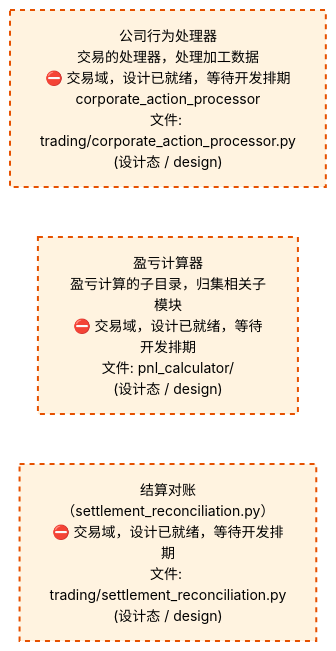
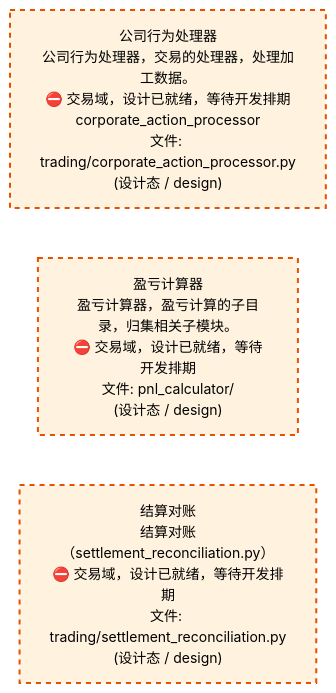
Before and after one commit to xuanFelixVan/ZephyrAlpha: the third of 4 diagrams in docs/02_enterprise_architecture/02_domain_architecture_docs/72_d_trading.md, drawn with Mermaid. The commit also changed other lines of this file and 61 other files, not shown here.

````diff
--- a/docs/02_enterprise_architecture/02_domain_architecture_docs/72_d_trading.md
+++ b/docs/02_enterprise_architecture/02_domain_architecture_docs/72_d_trading.md
@@ -298,14 +298,14 @@
 ```mermaid
 %%{init: {'theme': 'base', 'themeVariables': {'primaryColor': '#eaeaea', 'primaryTextColor': '#333333', 'primaryBorderColor': '#666666', 'lineColor': '#666666', 'secondaryColor': '#eaeaea', 'tertiaryColor': '#eaeaea', 'fontSize': '14px'}}}%%
 flowchart TD
-    src_zephyr_trading_corporate_action_processor_py["公司行为处理器<br/>交易的处理器，处理加工数据<br/>⛔ 交易域，设计已就绪，等待开发排期<br/>corporate_action_processor<br/>文件: trading/corporate_action_processor.py<br/>(设计态 / design)"]
-    src_zephyr_trading_pnl_calculator["盈亏计算器<br/>盈亏计算的子目录，归集相关子模块<br/>⛔ 交易域，设计已就绪，等待开发排期<br/>文件: pnl_calculator/<br/>(设计态 / design)"]
-    src_zephyr_trading_settlement_reconciliation_py["结算对账<br/>（settlement_reconciliation.py）<br/>⛔ 交易域，设计已就绪，等待开发排期<br/>文件: trading/settlement_reconciliation.py<br/>(设计态 / design)"]
+    src_zephyr_trading_corporate_action_processor_py["公司行为处理器<br/>公司行为处理器，交易的处理器，处理加工数据。<br/>⛔ 交易域，设计已就绪，等待开发排期<br/>corporate_action_processor<br/>文件: trading/corporate_action_processor.py<br/>(设计态 / design)"]
+    src_zephyr_trading_pnl_calculator["盈亏计算器<br/>盈亏计算器，盈亏计算的子目录，归集相关子模块。<br/>⛔ 交易域，设计已就绪，等待开发排期<br/>文件: pnl_calculator/<br/>(设计态 / design)"]
+    src_zephyr_trading_settlement_reconciliation_py["结算对账<br/>结算对账（settlement_reconciliation.py）<br/>⛔ 交易域，设计已就绪，等待开发排期<br/>文件: trading/settlement_reconciliation.py<br/>(设计态 / design)"]
     src_zephyr_trading_corporate_action_processor_py ~~~ src_zephyr_trading_pnl_calculator
     src_zephyr_trading_pnl_calculator ~~~ src_zephyr_trading_settlement_reconciliation_py
     classDef production fill:#e1f5fe,stroke:#01579b,stroke-width:2px,color:#000
     classDef design fill:#fff3e0,stroke:#e65100,stroke-width:2px,color:#000,stroke-dasharray: 5 5
     classDef external_prod fill:#e8f4fd,stroke:#0277bd,stroke-width:1px,color:#000
     classDef external_design fill:#fff8e7,stroke:#ef6c00,stroke-width:1px,color:#000,stroke-dasharray: 5 5
     class src_zephyr_trading_corporate_action_processor_py,src_zephyr_trading_pnl_calculator,src_zephyr_trading_settlement_reconciliation_py design
 ```
````
